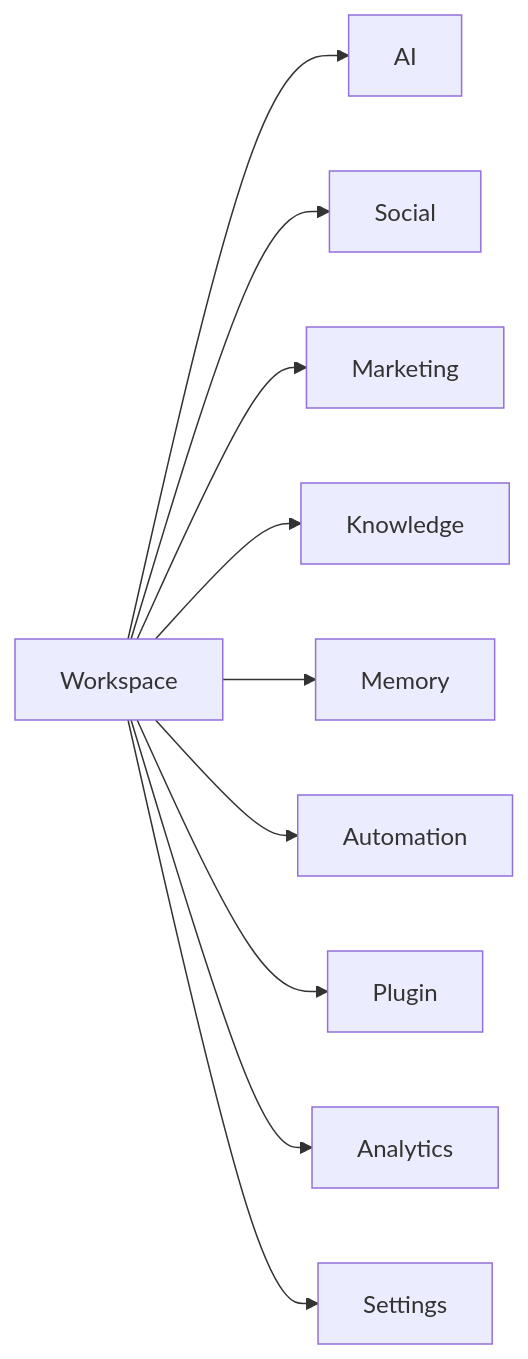
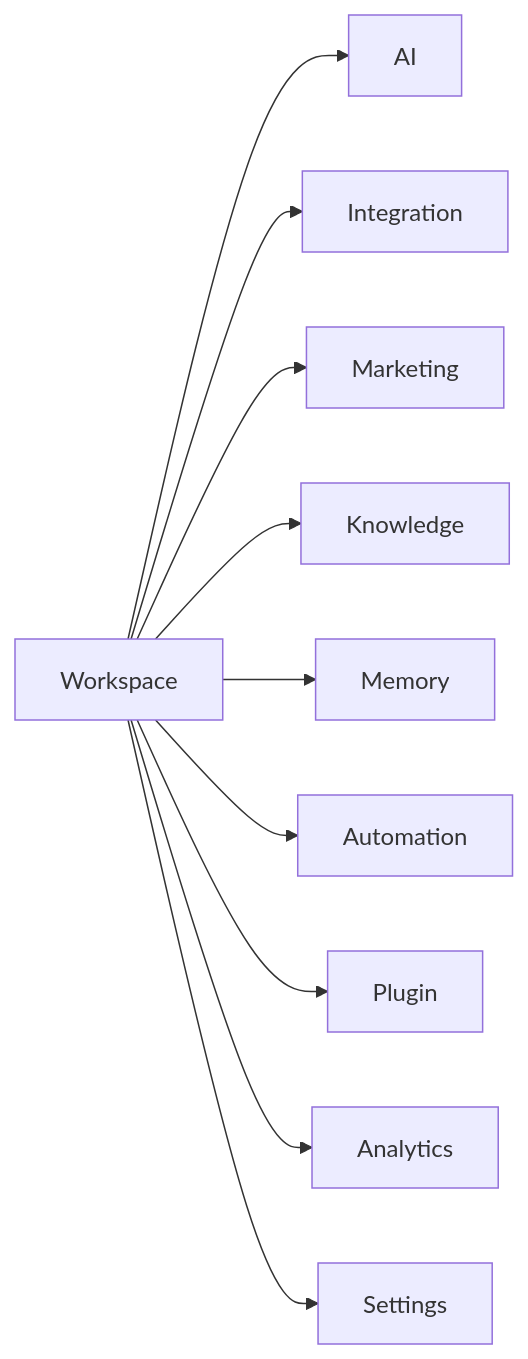
Before and after one commit to Buicongbang04/Social_OS: the second of 8 diagrams in docs/03_DOMAIN_MODEL.md, drawn with Mermaid. The commit also changed other lines of this file and 55 other files, not shown here.

````diff
--- a/docs/03_DOMAIN_MODEL.md
+++ b/docs/03_DOMAIN_MODEL.md
@@ -70,12 +70,12 @@
 ```mermaid
 flowchart LR
     Workspace --> AI
-    Workspace["Workspace"] --> Social
+    Workspace["Workspace"] --> Integration
     Workspace["Workspace"] --> Marketing
     Workspace["Workspace"] --> Knowledge
     Workspace["Workspace"] --> Memory
     Workspace["Workspace"] --> Automation
     Workspace["Workspace"] --> Plugin
     Workspace["Workspace"] --> Analytics
     Workspace["Workspace"] --> Settings
 ```
````
